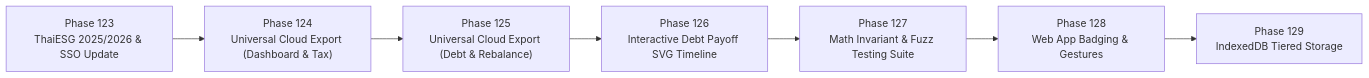
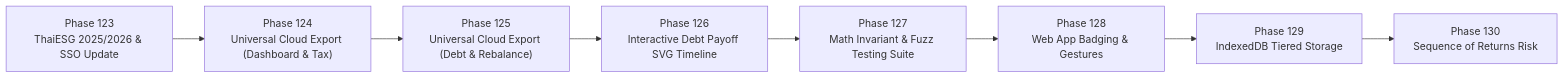
Before and after one commit to crossoverall/money-superapp: the second of 2 diagrams in plan.md, drawn with Mermaid. The commit also changed other lines of this file and 16 other files, not shown here.

Commit message:
feat(retirement): sequence of returns risk and dynamic SWR retirement simulator (v2.5.71)

````diff
--- a/plan.md
+++ b/plan.md
@@ -170,9 +170,10 @@
 ```mermaid
 flowchart LR
     P123["Phase 123<br/>ThaiESG 2025/2026 & SSO Update"] --> P124["Phase 124<br/>Universal Cloud Export (Dashboard & Tax)"]
     P124 --> P125["Phase 125<br/>Universal Cloud Export (Debt & Rebalance)"]
     P125 --> P126["Phase 126<br/>Interactive Debt Payoff SVG Timeline"]
     P126 --> P127["Phase 127<br/>Math Invariant & Fuzz Testing Suite"]
     P127 --> P128["Phase 128<br/>Web App Badging & Gestures"]
     P128 --> P129["Phase 129<br/>IndexedDB Tiered Storage"]
+    P129 --> P130["Phase 130<br/>Sequence of Returns Risk"]
 ```
````
